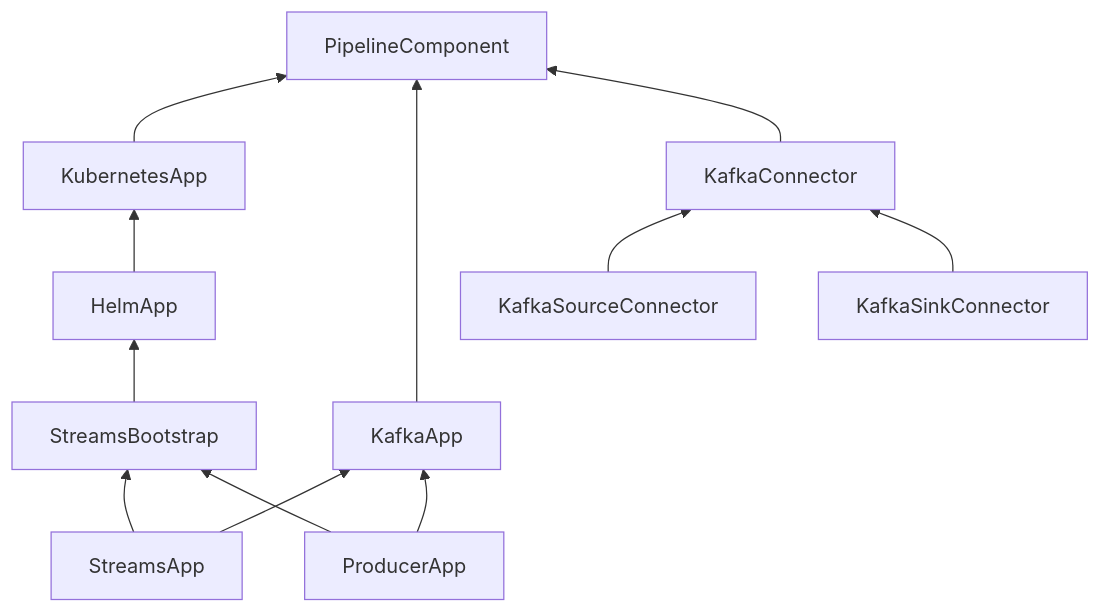
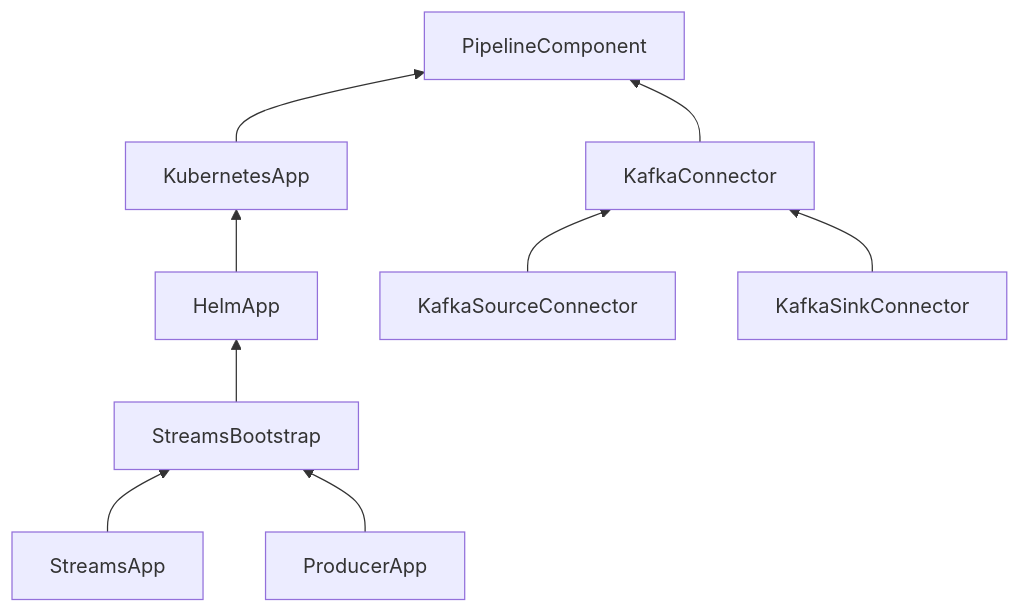
The diagram in docs/docs/resources/architecture/components-hierarchy.md (bakdata/kpops), drawn with Mermaid before and after one commit. The commit also changed 2 other files, not shown here.

Commit message:
Add migration guide v7-v8

````diff
--- a/docs/docs/resources/architecture/components-hierarchy.md
+++ b/docs/docs/resources/architecture/components-hierarchy.md
@@ -1,24 +1,20 @@
 ```mermaid
 flowchart BT
     KubernetesApp --> PipelineComponent
-    KafkaApp --> PipelineComponent
     HelmApp --> KubernetesApp
     StreamsBootstrap --> HelmApp
-    StreamsApp --> KafkaApp
     StreamsApp --> StreamsBootstrap
-    ProducerApp --> KafkaApp
     ProducerApp --> StreamsBootstrap
     KafkaConnector --> PipelineComponent
     KafkaSourceConnector --> KafkaConnector
     KafkaSinkConnector --> KafkaConnector
 
     click KubernetesApp "./../kubernetes-app"
     click HelmApp "./../helm-app"
-    click KafkaApp "./../kafka-app"
     click StreamsBootstrap "./../streams-bootstrap"
     click StreamsApp "./../streams-app"
     click ProducerApp "./../producer-app"
     click KafkaConnector "./../kafka-connector"
     click KafkaSourceConnector "./../kafka-source-connector"
     click KafkaSinkConnector "./../kafka-sink-connector"
 ```
````
